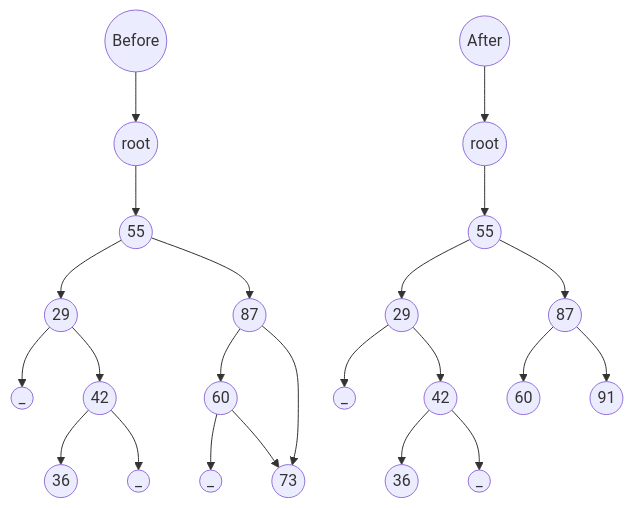
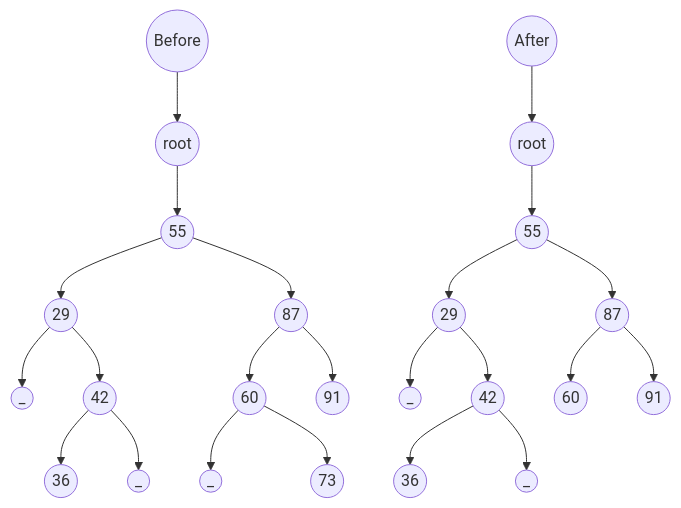
One commit to jayshozie/ceng301 changed diagram 11 of 12 in lecture-notes/w07.md. Above: the diagram before and after it, drawn with Mermaid.

Commit message:
nrt, mermaid

````diff
--- a/lecture-notes/w07.md
+++ b/lecture-notes/w07.md
@@ -766,30 +766,30 @@
 ```mermaid
 graph TB
 
 ROOT1((Before)) --> A1((root))
 A1 --> B1((55))
 B1 --> C1((29))
 C1 --> E3((_))
 C1 --> F1((42))
 F1 --> G1((36))
 F1 --> E4((_))
 
 B1 --> D1((87))
 D1 --> H1((60))
 D1 --> I1((91))
 H1 --> Z1((_))
-H1 --> I1((73))
+H1 --> J1((73))
 
 ROOT2((After)) --> A2((root))
 A2 --> B2((55))
 
 B2 --> C2((29))
 C2 --> E0((_))
 C2 --> F2((42))
 F2 --> G2((36))
 F2 --> E1((_))
 
 B2 --> D2((87))
 D2 --> H2((60))
 D2 --> J2((91))
 ```
````
